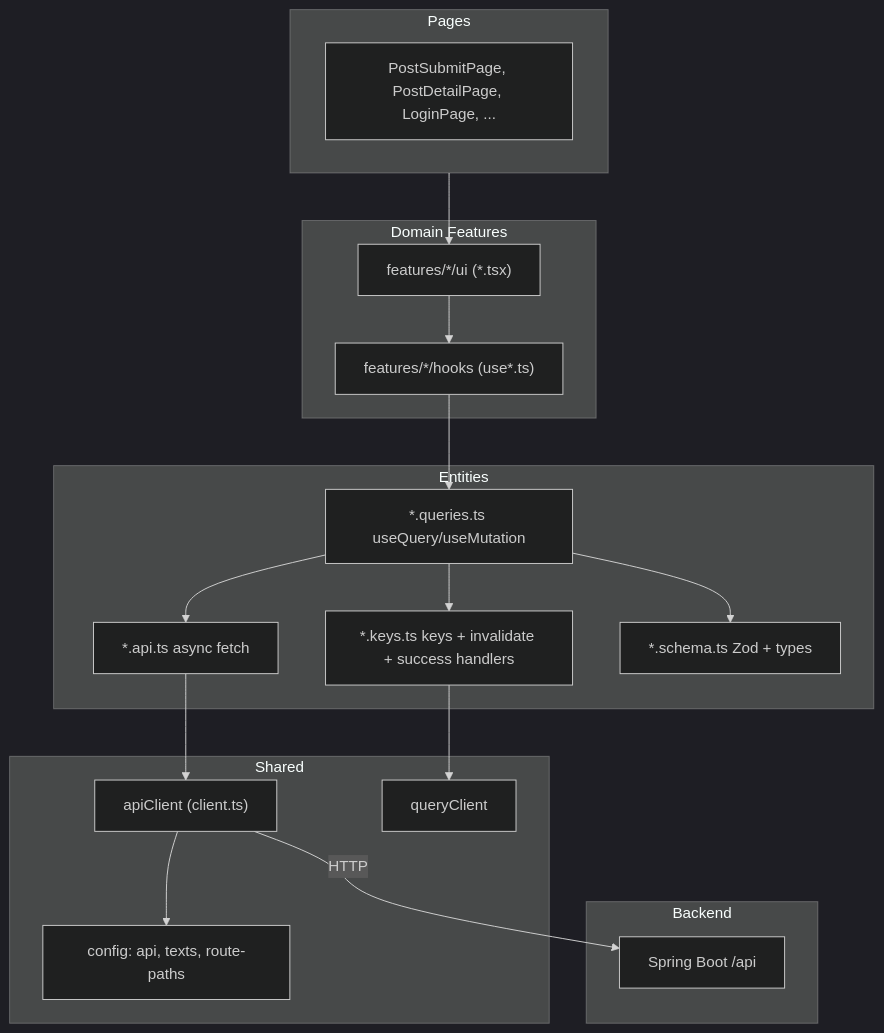
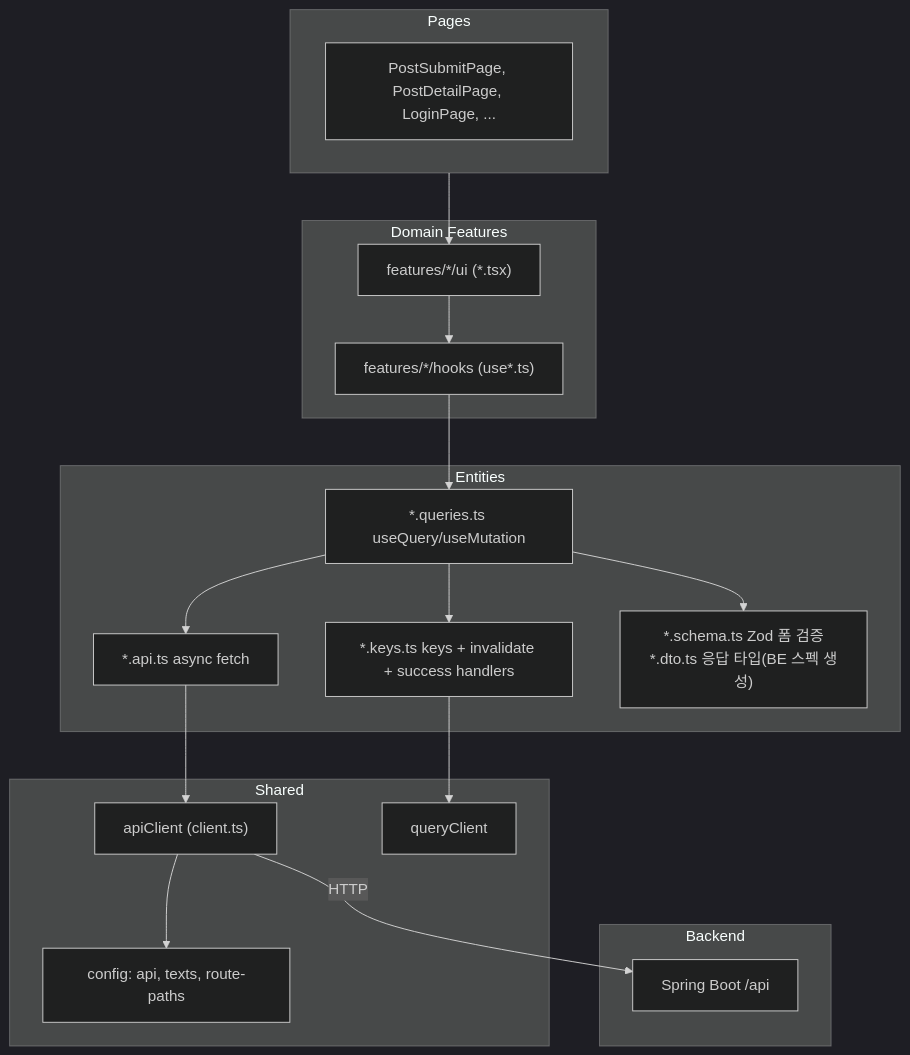
One commit to BAECHAN/link-sphere_FE_NEW changed the third of 4 diagrams in docs/SYSTEM-ARCHITECTURE.md. Above: the diagram before and after it, drawn with Mermaid (dark theme). The commit also changed other lines of this file and 52 other files, not shown here.

````diff
--- a/docs/SYSTEM-ARCHITECTURE.md
+++ b/docs/SYSTEM-ARCHITECTURE.md
@@ -177,34 +185,34 @@
 ```mermaid
 flowchart TB
   subgraph pages [Pages]
     PagesUI[PostSubmitPage, PostDetailPage, LoginPage, ...]
   end
   subgraph features [Domain Features]
     FeatureUI["features/*/ui (*.tsx)"]
     FeatureHooks["features/*/hooks (use*.ts)"]
     FeatureUI --> FeatureHooks
   end
   subgraph common [Entities]
     Queries["*.queries.ts useQuery/useMutation"]
     Keys["*.keys.ts keys + invalidate + success handlers"]
     Api["*.api.ts async fetch"]
-    Schema["*.schema.ts Zod + types"]
+    Schema["*.schema.ts Zod 폼 검증<br/>*.dto.ts 응답 타입(BE 스펙 생성)"]
     Queries --> Keys
     Queries --> Api
     Queries --> Schema
   end
   subgraph shared [Shared]
     ApiClient["apiClient (client.ts)"]
     QueryClient["queryClient"]
     Config["config: api, texts, route-paths"]
   end
   subgraph backend [Backend]
     BE["Spring Boot /api"]
   end
   pages --> FeatureUI
   FeatureHooks --> Queries
   Api --> ApiClient
   Keys --> QueryClient
   ApiClient --> Config
   ApiClient -->|HTTP| BE
 ```
````
